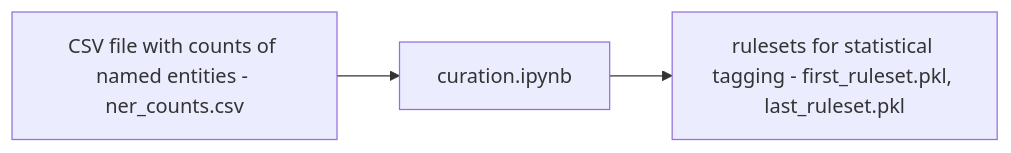
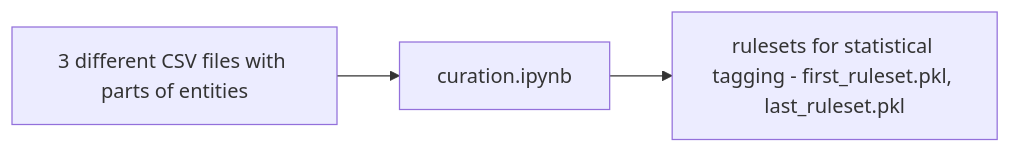
The fifth of 7 diagrams in statistical_ner_labelling/readme.md (estnltk/estnltk-model-training), drawn with Mermaid before and after one commit. The commit also changed other lines of this file and 14 other files, not shown here.

````diff
--- a/statistical_ner_labelling/readme.md
+++ b/statistical_ner_labelling/readme.md
@@ -41,5 +53,5 @@
 ```mermaid
 graph LR;
-    id5[CSV file with counts of named entities - ner_counts.csv]-->curation.ipynb;
+    id5[3 different CSV files with parts of entities]-->curation.ipynb;
     curation.ipynb-->id6[rulesets for statistical tagging - first_ruleset.pkl, last_ruleset.pkl];
 ```
````
